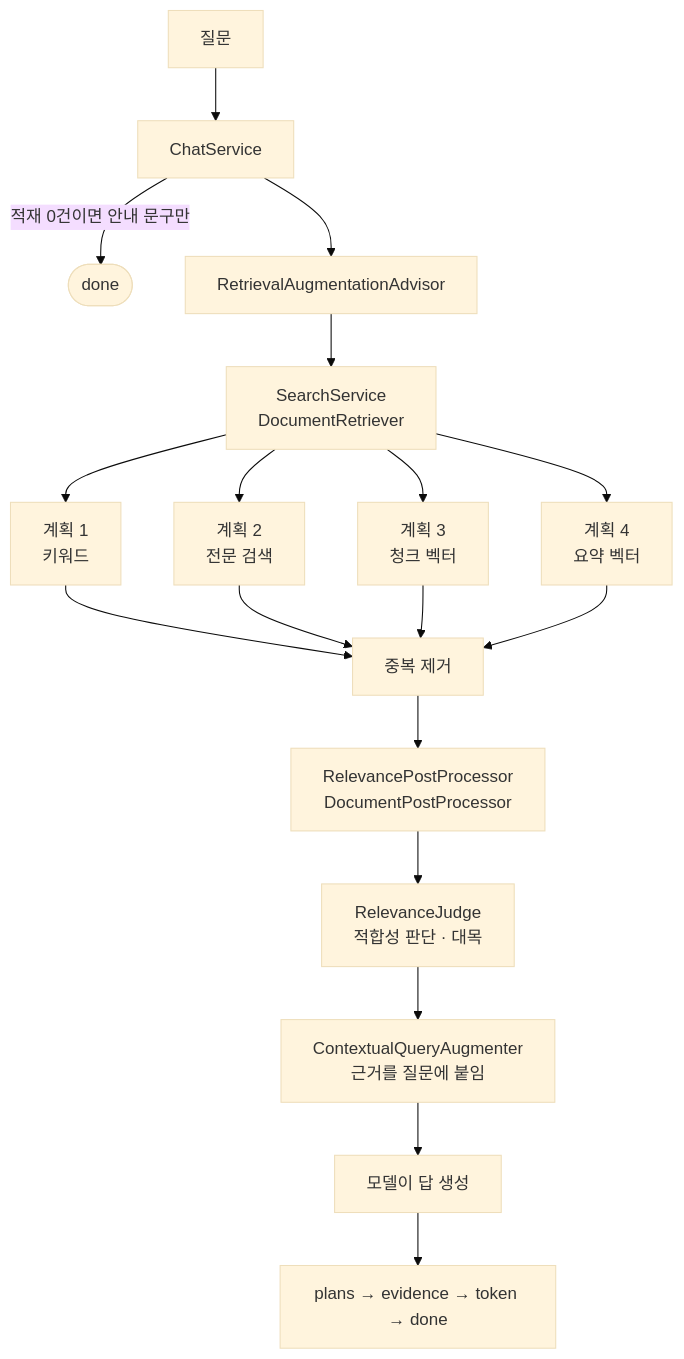
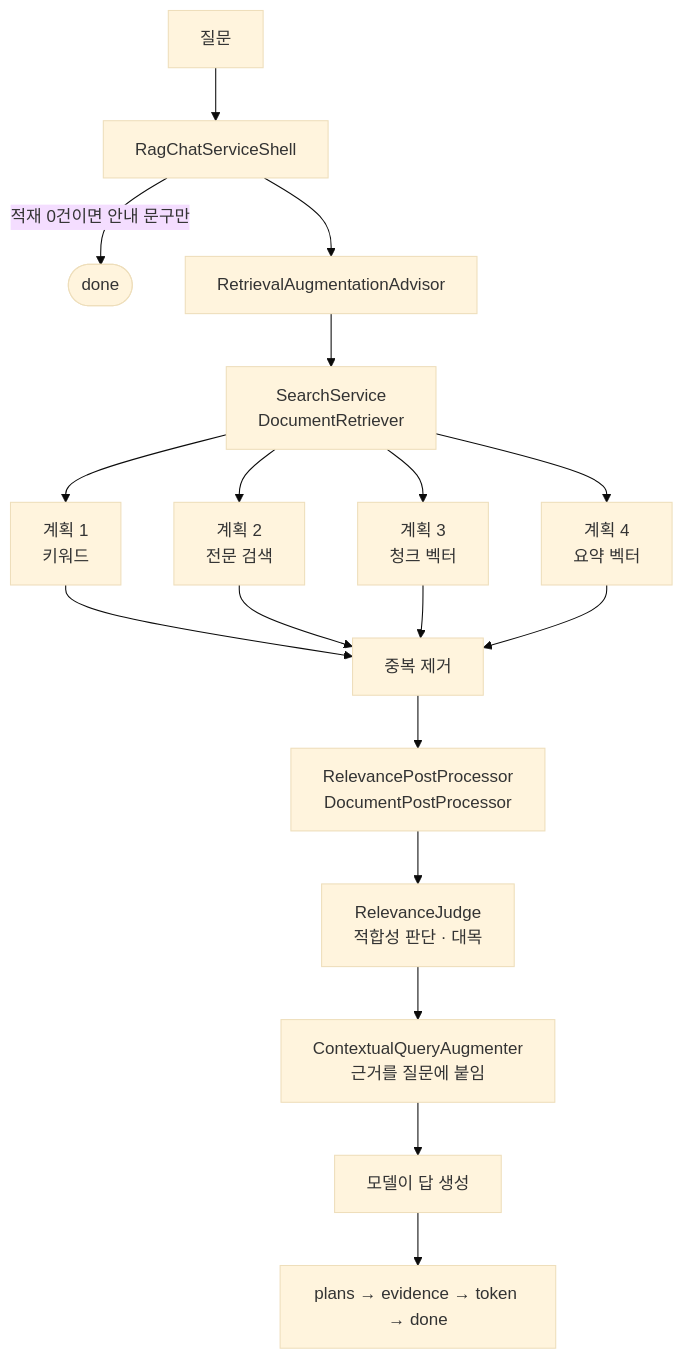
Before and after one commit to vonkernel/spring-ai-course-hands-on: the fifth of 8 diagrams in docs/02-전체-구조.md, drawn with Mermaid (base theme). The commit also changed other lines of this file and 16 other files, not shown here.

First line of the commit message:
ChatService 를 1단계 RagChatServiceShell 과 2단계 AgentChatServiceShell 두 구현으로 나누고 AnswerGenerator 를 없앤다

````diff
--- a/docs/02-전체-구조.md
+++ b/docs/02-전체-구조.md
@@ -200,14 +200,14 @@
 ```mermaid
 flowchart TD
-    Q["질문"] --> CS["ChatService"]
+    Q["질문"] --> CS["RagChatServiceShell"]
     CS -->|"적재 0건이면 안내 문구만"| END(["done"])
     CS --> RAA["RetrievalAugmentationAdvisor"]
     RAA --> SS["SearchService<br/>DocumentRetriever"]
     SS --> P1["계획 1<br/>키워드"] & P2["계획 2<br/>전문 검색"] & P3["계획 3<br/>청크 벡터"] & P4["계획 4<br/>요약 벡터"]
     P1 & P2 & P3 & P4 --> M["중복 제거"]
     M --> RP["RelevancePostProcessor<br/>DocumentPostProcessor"]
     RP --> RJ["RelevanceJudge<br/>적합성 판단 · 대목"]
     RJ --> AUG["ContextualQueryAugmenter<br/>근거를 질문에 붙임"]
     AUG --> ANS["모델이 답 생성"]
     ANS --> SSE["plans → evidence → token → done"]
 ```
````
